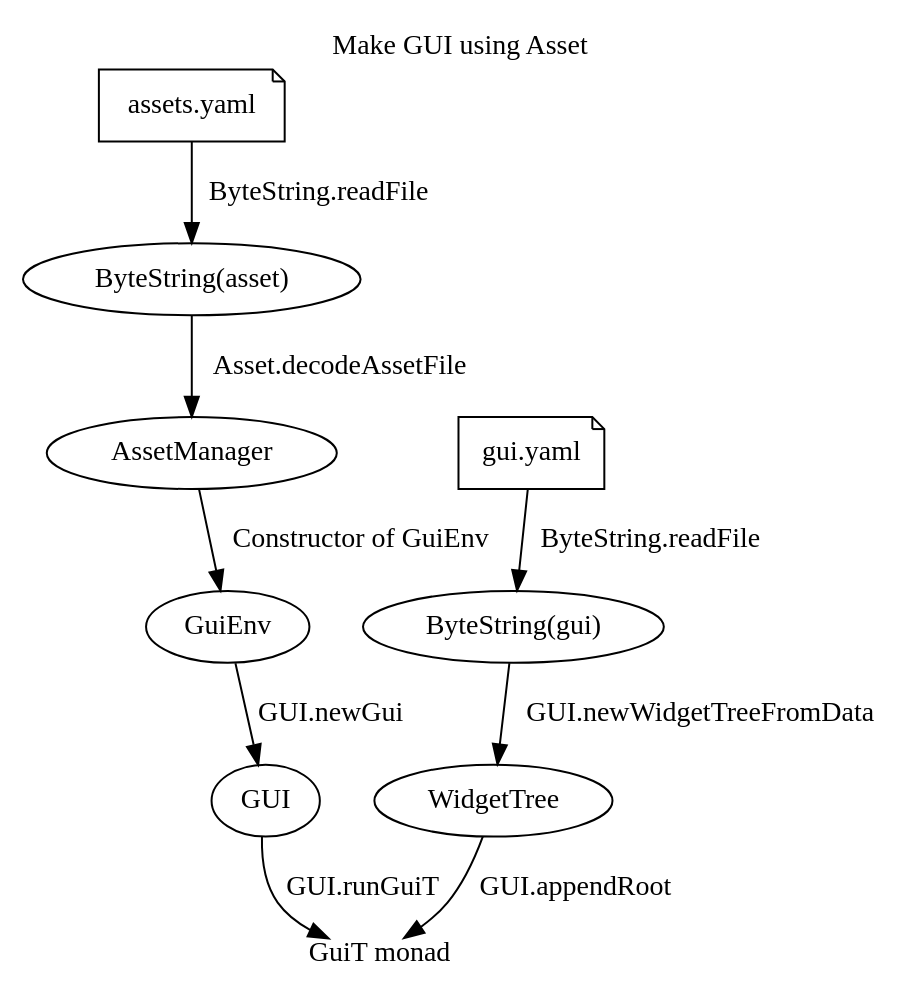
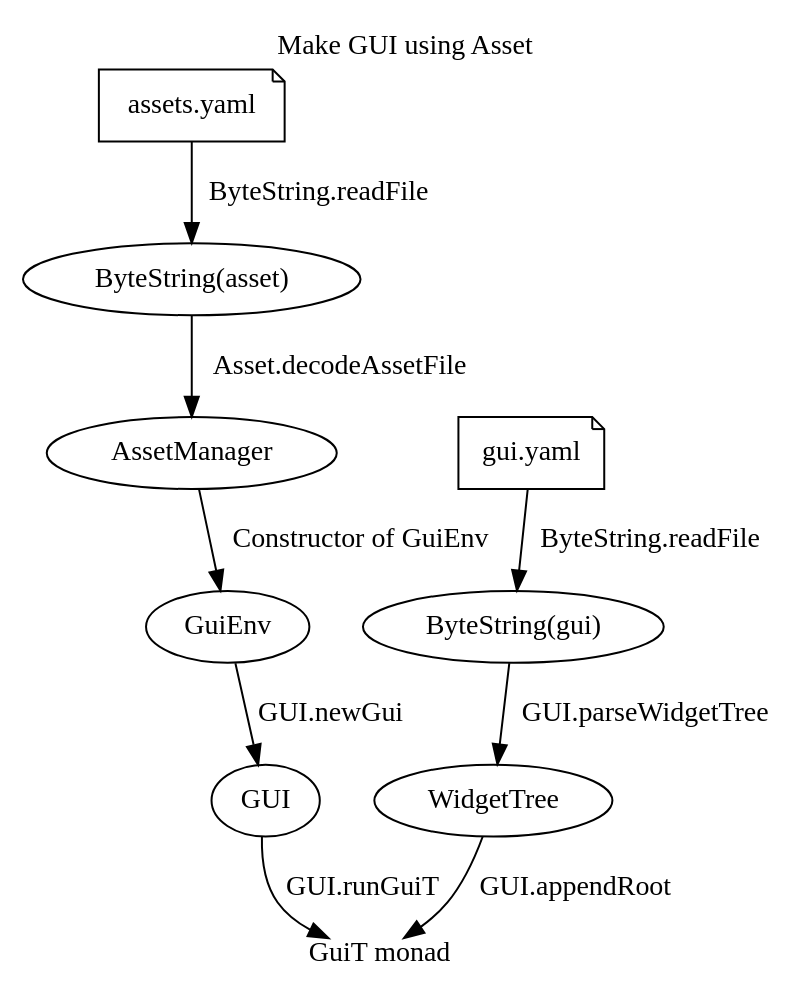
The diagram in doc/make-gui-using-asset.gv (masatoko/kurokos), drawn with Graphviz before and after one commit. The commit also changed 4 other files, not shown here.

```diff
--- a/doc/make-gui-using-asset.gv
+++ b/doc/make-gui-using-asset.gv
@@ -1,32 +1,32 @@
 digraph {
   graph [
     label = "Make GUI using Asset",
     labelloc = "t",
     layout = dot,
     fontname = "Ubuntu",
   ]
   node [
     fontname = "Ubuntu",
   ]
   edge [
     fontname = "Ubuntu",
     labelfloat = false,
   ]
 
   "assets.yaml" [shape = note]
   "gui.yaml" [shape = note]
   "GuiT monad" [shape = plain]
 
   // Asset
   "assets.yaml" -> "ByteString(asset)" [label = "ByteString.readFile"];
   "ByteString(asset)" -> AssetManager [label = "Asset.decodeAssetFile"];
   AssetManager -> GuiEnv [label = "Constructor of GuiEnv"];
   GuiEnv -> GUI [label = "GUI.newGui"];
   GUI -> "GuiT monad" [label = "GUI.runGuiT"];
 
   // GUI
   "gui.yaml" -> "ByteString(gui)" [label = "ByteString.readFile"];
-  "ByteString(gui)" -> "WidgetTree" [label = "GUI.newWidgetTreeFromData"];
+  "ByteString(gui)" -> "WidgetTree" [label = "GUI.parseWidgetTree"];
   "WidgetTree" -> "GuiT monad" [label = "GUI.appendRoot"];
 
 }
```
